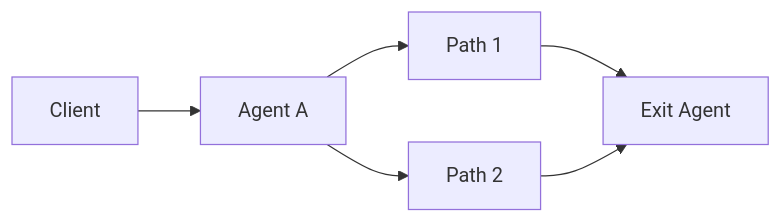
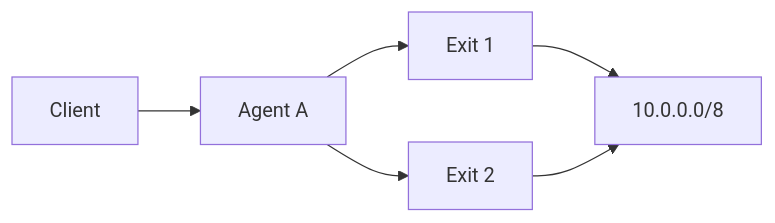
The fourth of 4 diagrams in docs/docs/intro.md (Muti-Metroo/Muti-Metroo), drawn with Mermaid before and after one commit. The commit also changed other lines of this file and 156 other files, not shown here.

````diff
--- a/docs/docs/intro.md
+++ b/docs/docs/intro.md
@@ -91,8 +90,8 @@
 ```mermaid
 flowchart LR
     Client[Client] --> A[Agent A]
-    A --> B1[Path 1]
-    A --> B2[Path 2]
-    B1 --> Exit[Exit Agent]
-    B2 --> Exit
+    A --> B1[Exit 1]
+    A --> B2[Exit 2]
+    B1 --> Net[10.0.0.0/8]
+    B2 --> Net
 ```
````
